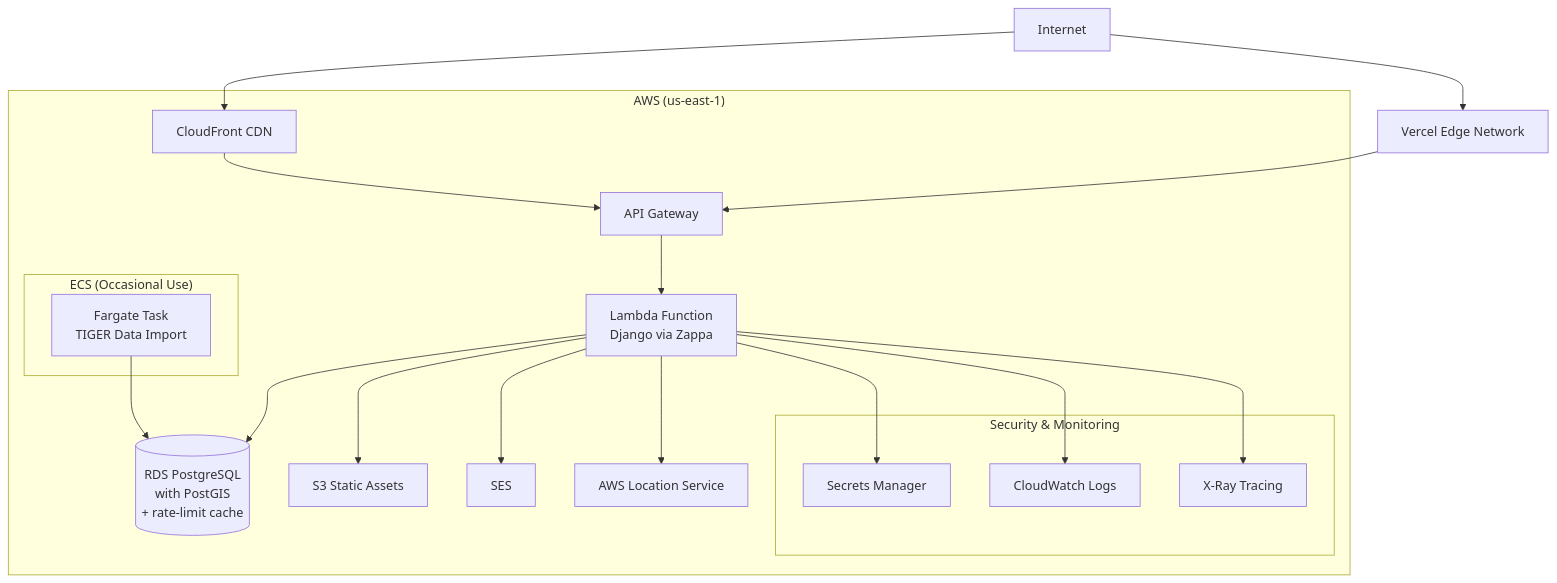
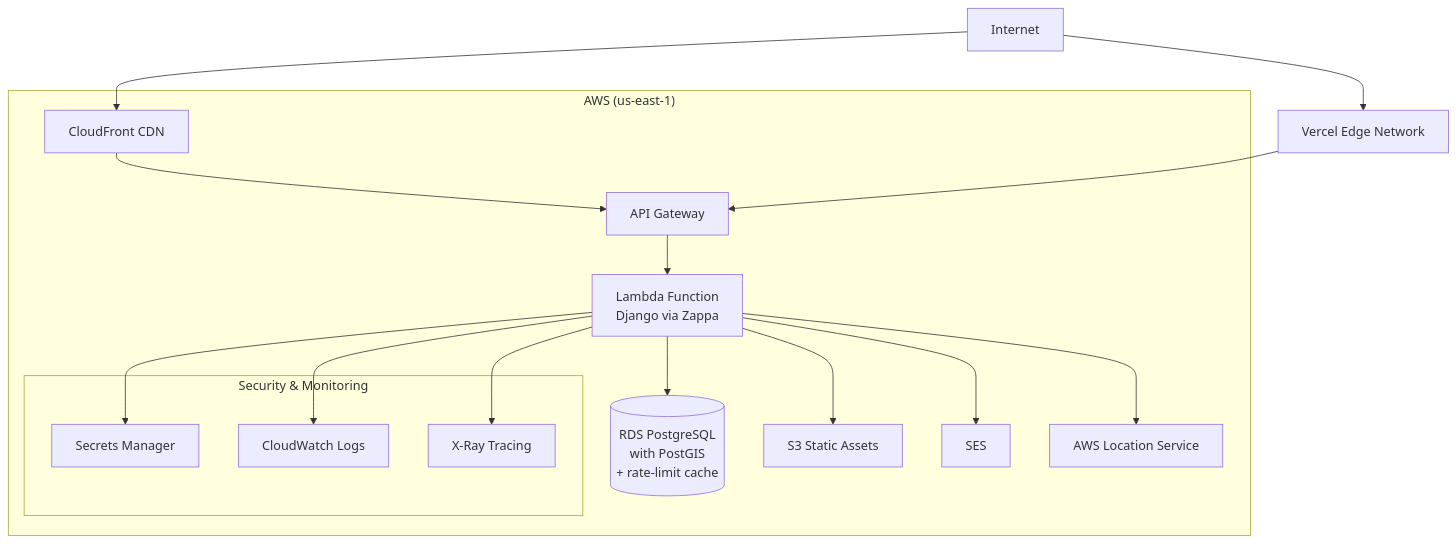
One commit to lhadjchikh/coalition-builder changed the diagram in docs/deployment/aws.md. Above: the diagram before and after it, drawn with Mermaid. The commit also changed other lines of this file and 4 other files, not shown here.

````diff
--- a/docs/deployment/aws.md
+++ b/docs/deployment/aws.md
@@ -9,34 +9,28 @@
 ```mermaid
 %%{init: {'theme':'basic'}}%%
 flowchart TB
     internet[Internet] --> cloudfront[CloudFront CDN]
     internet --> vercel[Vercel Edge Network]
 
     subgraph aws["AWS (us-east-1)"]
         cloudfront --> apigateway[API Gateway]
         apigateway --> lambda[Lambda Function<br/>Django via Zappa]
 
         lambda --> rds[(RDS PostgreSQL<br/>with PostGIS<br/>+ rate-limit cache)]
         lambda --> s3_static[S3 Static Assets]
         lambda --> ses[SES]
         lambda --> geo[AWS Location Service]
 
-        subgraph ecs_occasional["ECS (Occasional Use)"]
-            ecs_task[Fargate Task<br/>TIGER Data Import]
-        end
-
-        ecs_task --> rds
-
         subgraph security["Security & Monitoring"]
             secrets[Secrets Manager]
             cloudwatch[CloudWatch Logs]
             xray[X-Ray Tracing]
         end
 
         lambda --> secrets
         lambda --> cloudwatch
         lambda --> xray
     end
 
     vercel --> apigateway
 ```
````
